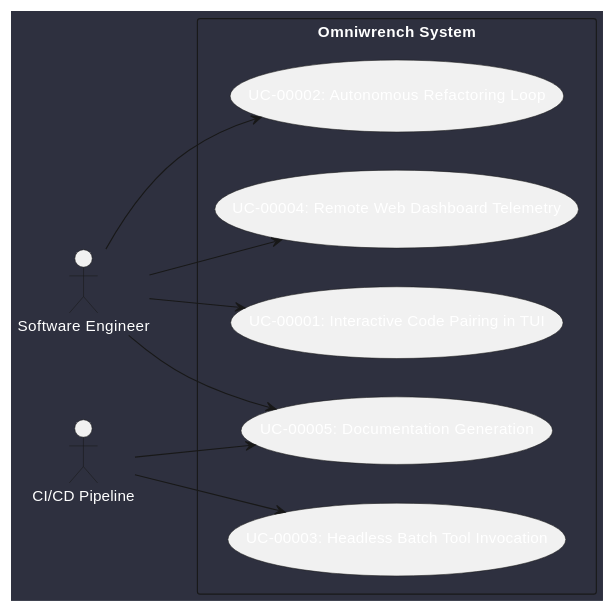
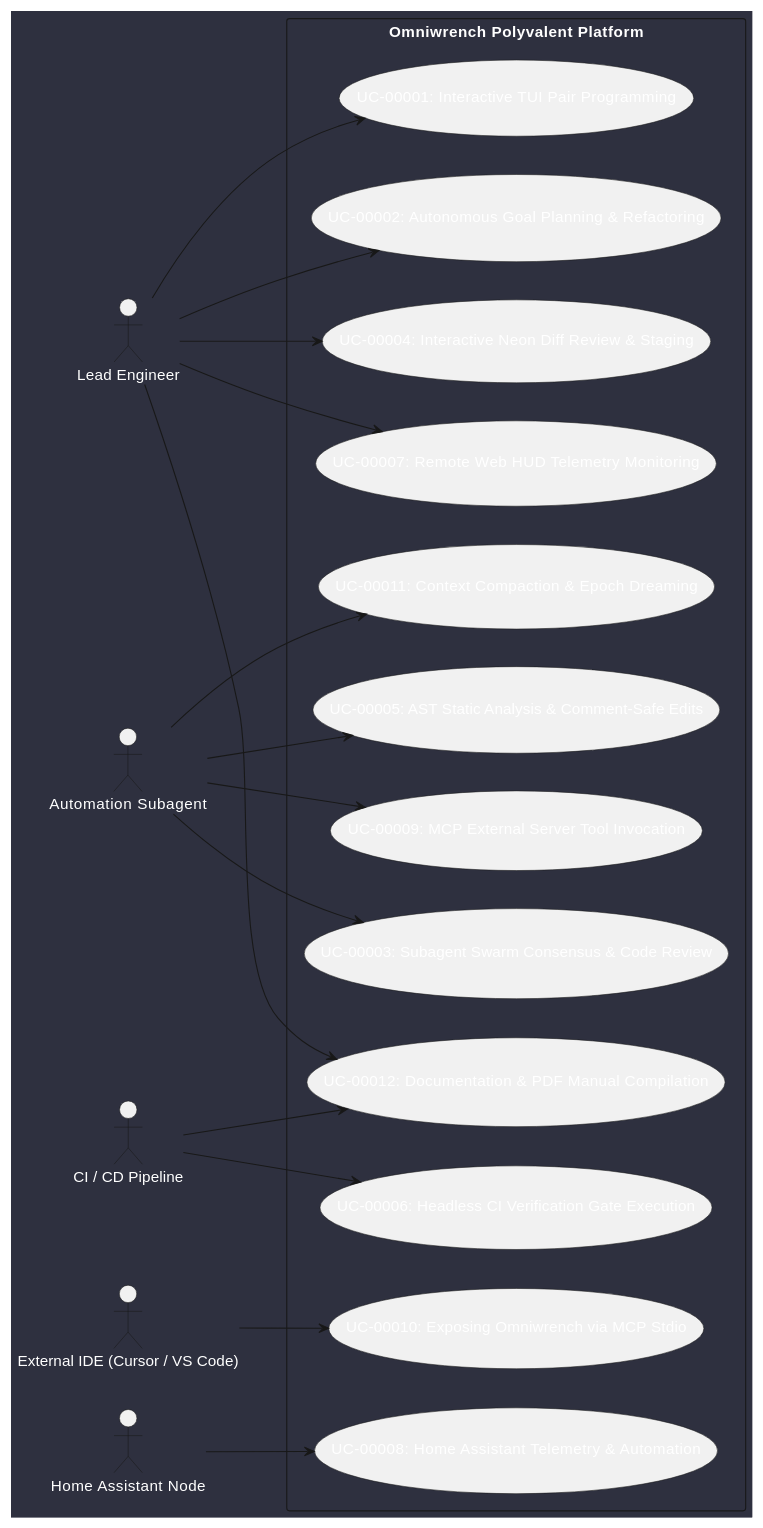
Before and after one commit to mlecabellec/omniwrench: the diagram in doc/docs/use_cases/use_cases_index.md, drawn with PlantUML. The commit also changed other lines of this file and 12 other files, not shown here.

````diff
--- a/doc/docs/use_cases/use_cases_index.md
+++ b/doc/docs/use_cases/use_cases_index.md
@@ -5,26 +5,45 @@
 ```plantuml
 @startuml
 skinparam backgroundColor #2e303f
 skinparam defaultFontColor #ffffff
 
 left to right direction
-actor "Software Engineer" as DEV
-actor "CI/CD Pipeline" as CI
+actor "Lead Engineer" as DEV
+actor "Automation Subagent" as AGENT
+actor "CI / CD Pipeline" as CI
+actor "External IDE (Cursor / VS Code)" as IDE
+actor "Home Assistant Node" as HA
 
-rectangle "Omniwrench System" {
-  usecase "UC-00001: Interactive Code Pairing in TUI" as UC1
-  usecase "UC-00002: Autonomous Refactoring Loop" as UC2
-  usecase "UC-00003: Headless Batch Tool Invocation" as UC3
-  usecase "UC-00004: Remote Web Dashboard Telemetry" as UC4
-  usecase "UC-00005: Documentation Generation" as UC5
+rectangle "Omniwrench Polyvalent Platform" {
+  usecase "UC-00001: Interactive TUI Pair Programming" as UC1
+  usecase "UC-00002: Autonomous Goal Planning & Refactoring" as UC2
+  usecase "UC-00003: Subagent Swarm Consensus & Code Review" as UC3
+  usecase "UC-00004: Interactive Neon Diff Review & Staging" as UC4
+  usecase "UC-00005: AST Static Analysis & Comment-Safe Edits" as UC5
+  usecase "UC-00006: Headless CI Verification Gate Execution" as UC6
+  usecase "UC-00007: Remote Web HUD Telemetry Monitoring" as UC7
+  usecase "UC-00008: Home Assistant Telemetry & Automation" as UC8
+  usecase "UC-00009: MCP External Server Tool Invocation" as UC9
+  usecase "UC-00010: Exposing Omniwrench via MCP Stdio" as UC10
+  usecase "UC-00011: Context Compaction & Epoch Dreaming" as UC11
+  usecase "UC-00012: Documentation & PDF Manual Compilation" as UC12
 }
 
 DEV --> UC1
 DEV --> UC2
 DEV --> UC4
-DEV --> UC5
+DEV --> UC7
+DEV --> UC12
 
-CI --> UC3
-CI --> UC5
+AGENT --> UC3
+AGENT --> UC5
+AGENT --> UC9
+AGENT --> UC11
+
+CI --> UC6
+CI --> UC12
+
+IDE --> UC10
+HA --> UC8
 @enduml
 ```
````
